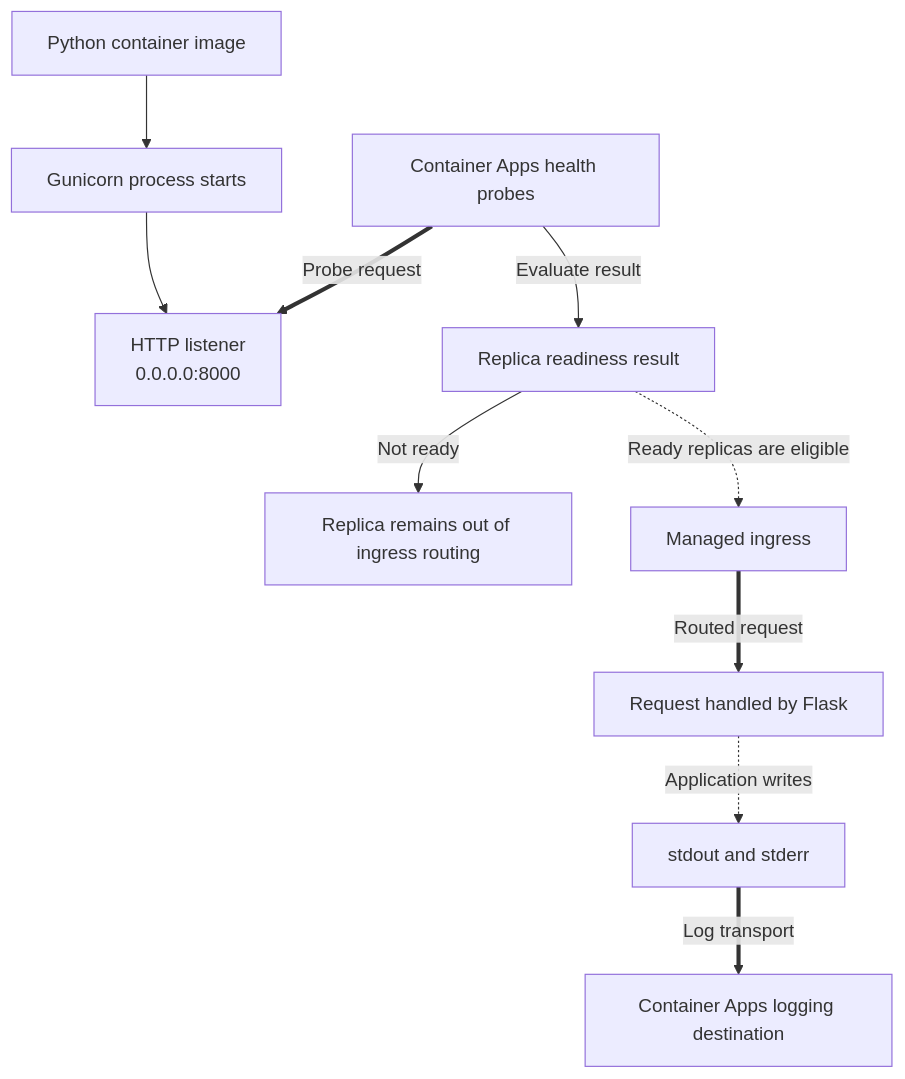
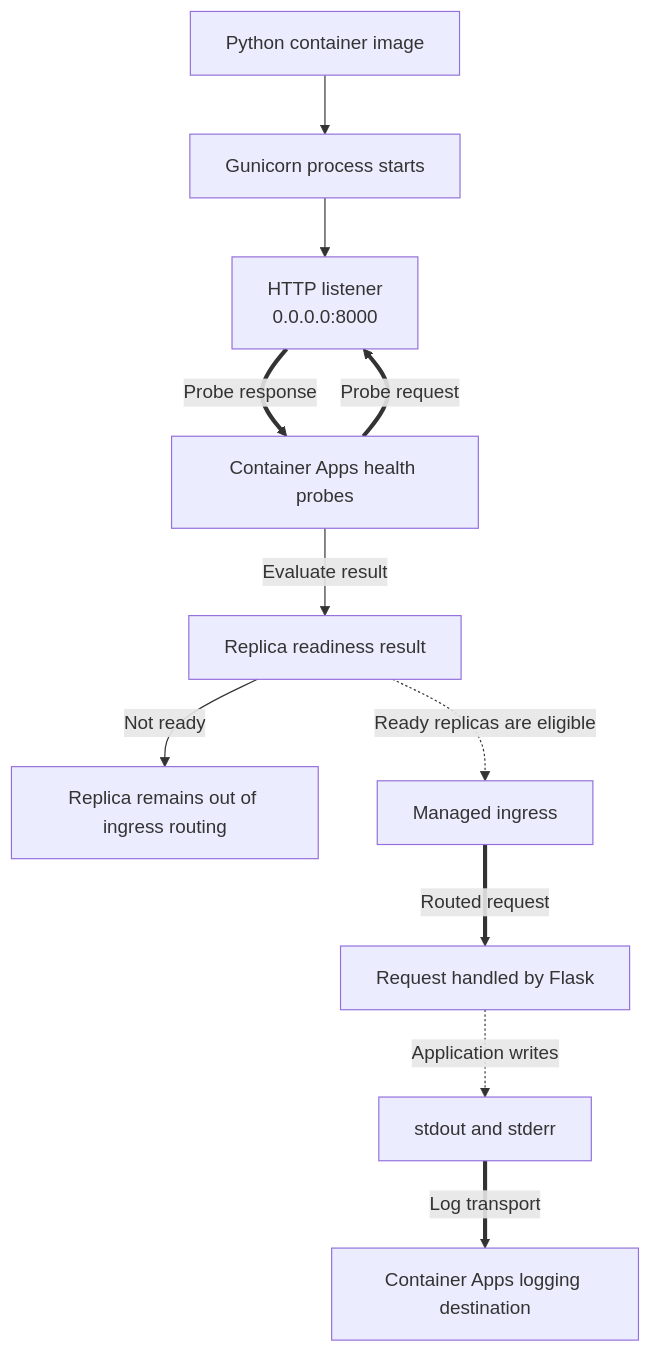
Before and after one commit to yeongseon/azure-container-apps-practical-guide: the diagram in docs/language-guides/python/python-runtime.md, drawn with Mermaid. The commit also changed other lines of this file and 15 other files, not shown here.

First line of the commit message:
fix(diagrams): correct runtime, tutorial topology and CI/CD diagram paths and record review (#639)

````diff
--- a/docs/language-guides/python/python-runtime.md
+++ b/docs/language-guides/python/python-runtime.md
@@ -18,24 +18,25 @@
 ```mermaid
 flowchart TD
     accTitle: Python runtime execution model in Container Apps
-    accDescr: A revision starts the container image and Gunicorn listener. Platform health probes determine readiness, managed ingress routes requests to a ready replica, and console output is collected for logging.
+    accDescr: A revision starts the container image and Gunicorn listener. Platform probes send a request to the listener, the listener returns a probe response, and the platform evaluates readiness before managed ingress routes requests to ready replicas. Console output follows a separate logging path.
     IMAGE[Python container image]
     START[Gunicorn process starts]
     LISTEN[HTTP listener<br/>0.0.0.0:8000]
     PROBES[Container Apps health probes]
     READY[Replica readiness result]
     NOT_READY[Replica remains out of ingress routing]
     INGRESS[Managed ingress]
     REQUEST[Request handled by Flask]
     CONSOLE[stdout and stderr]
     LOGS[Container Apps logging destination]
 
     IMAGE --> START --> LISTEN
     PROBES ==>|"Probe request"| LISTEN
+    LISTEN ==>|"Probe response"| PROBES
     PROBES -->|"Evaluate result"| READY
     READY -.->|"Ready replicas are eligible"| INGRESS
     READY -->|"Not ready"| NOT_READY
     INGRESS ==>|"Routed request"| REQUEST
     REQUEST -.->|"Application writes"| CONSOLE
     CONSOLE ==>|"Log transport"| LOGS
 ```
````
